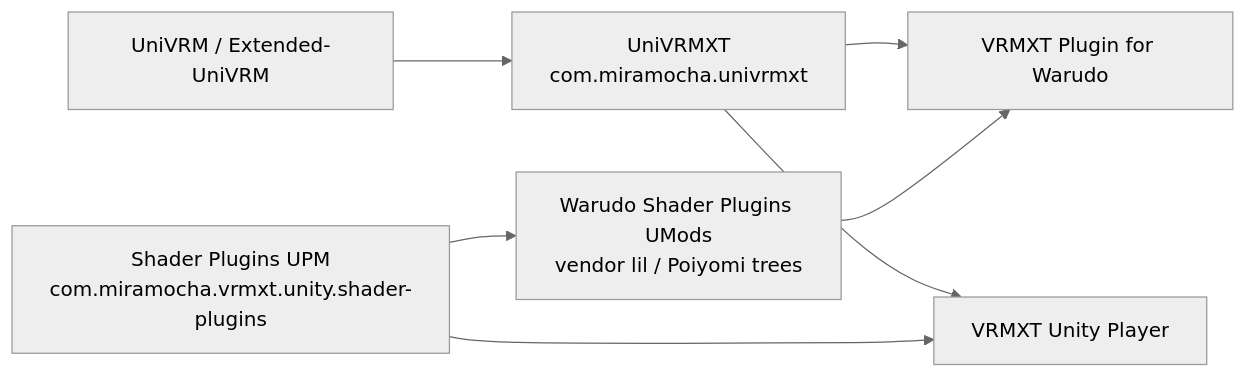
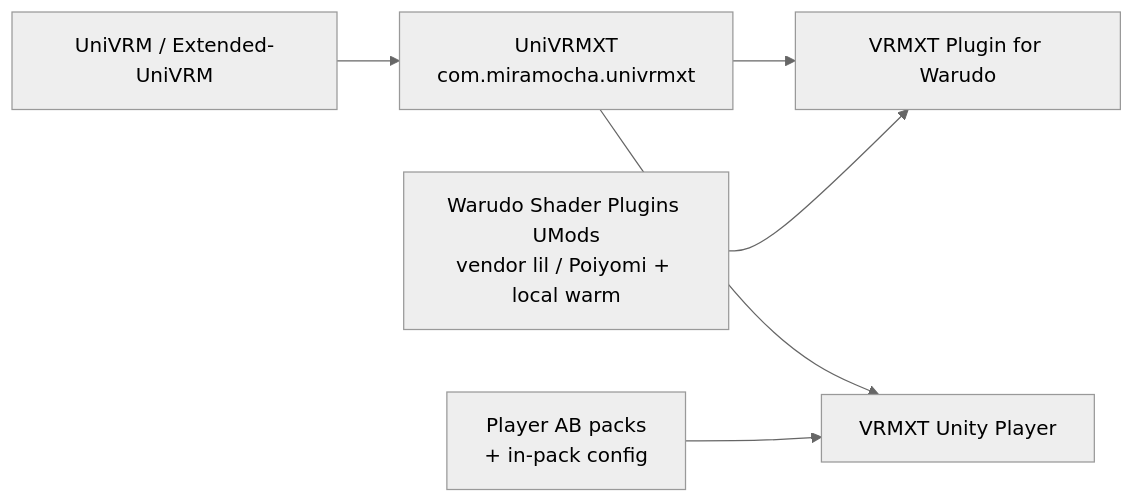
Before and after one commit to miramocha/Extended-VRM-Specs: the second of 2 diagrams in implementations/vrmxt-unity-packages.md, drawn with Mermaid (neutral theme). The commit also changed other lines of this file and 9 other files, not shown here.

First line of the commit message:
docs: deprecate shader-plugins claim inventory

````diff
--- a/implementations/vrmxt-unity-packages.md
+++ b/implementations/vrmxt-unity-packages.md
@@ -66,15 +72,14 @@
 ```mermaid
 flowchart LR
   univrm["UniVRM / Extended-UniVRM"]
   univrmxt["UniVRMXT<br/>com.miramocha.univrmxt"]
-  shaders["Shader Plugins UPM<br/>com.miramocha.vrmxt.unity.shader-plugins"]
-  wshaders["Warudo Shader Plugins UMods<br/>vendor lil / Poiyomi trees"]
+  wshaders["Warudo Shader Plugins UMods<br/>vendor lil / Poiyomi + local warm"]
+  packs["Player AB packs<br/>+ in-pack config"]
   warudo["VRMXT Plugin for Warudo"]
   player["VRMXT Unity Player"]
   univrm --> univrmxt
-  shaders --> wshaders
   univrmxt --> warudo
   wshaders --> warudo
   univrmxt --> player
-  shaders --> player
+  packs --> player
 ```
````
